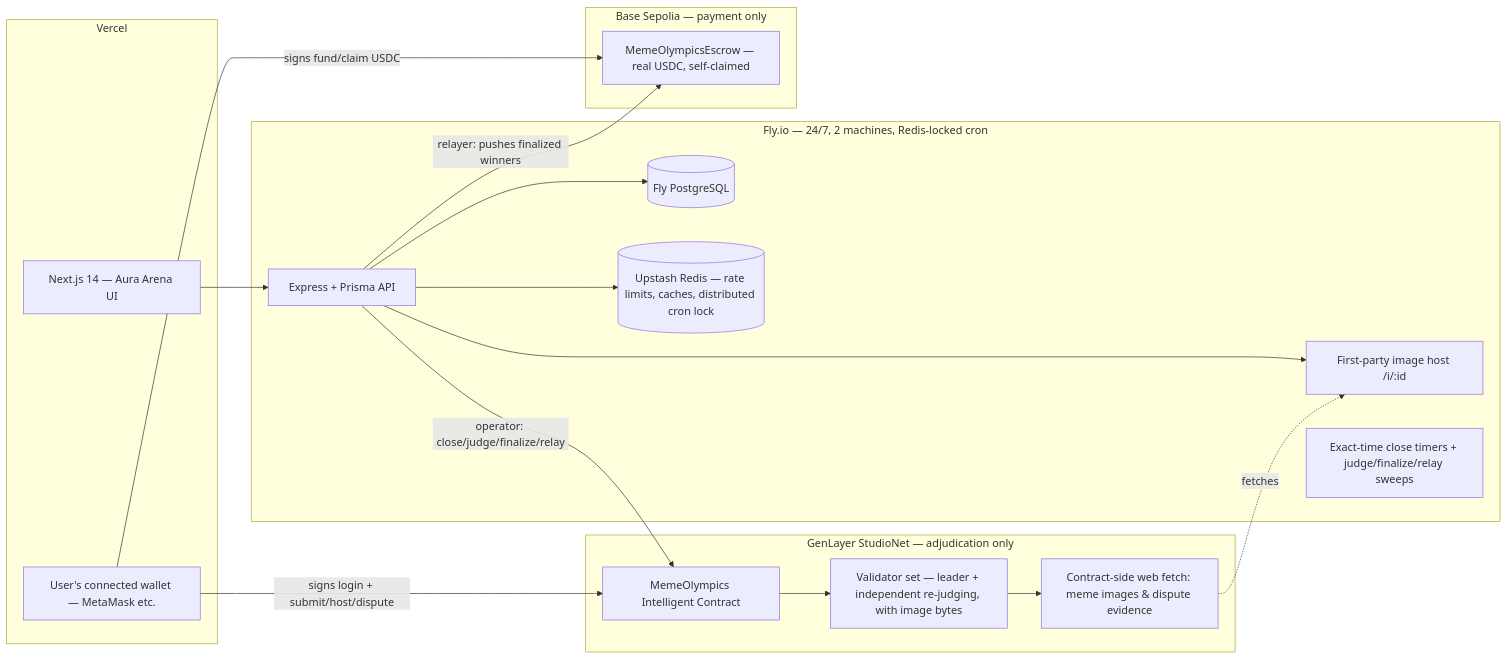
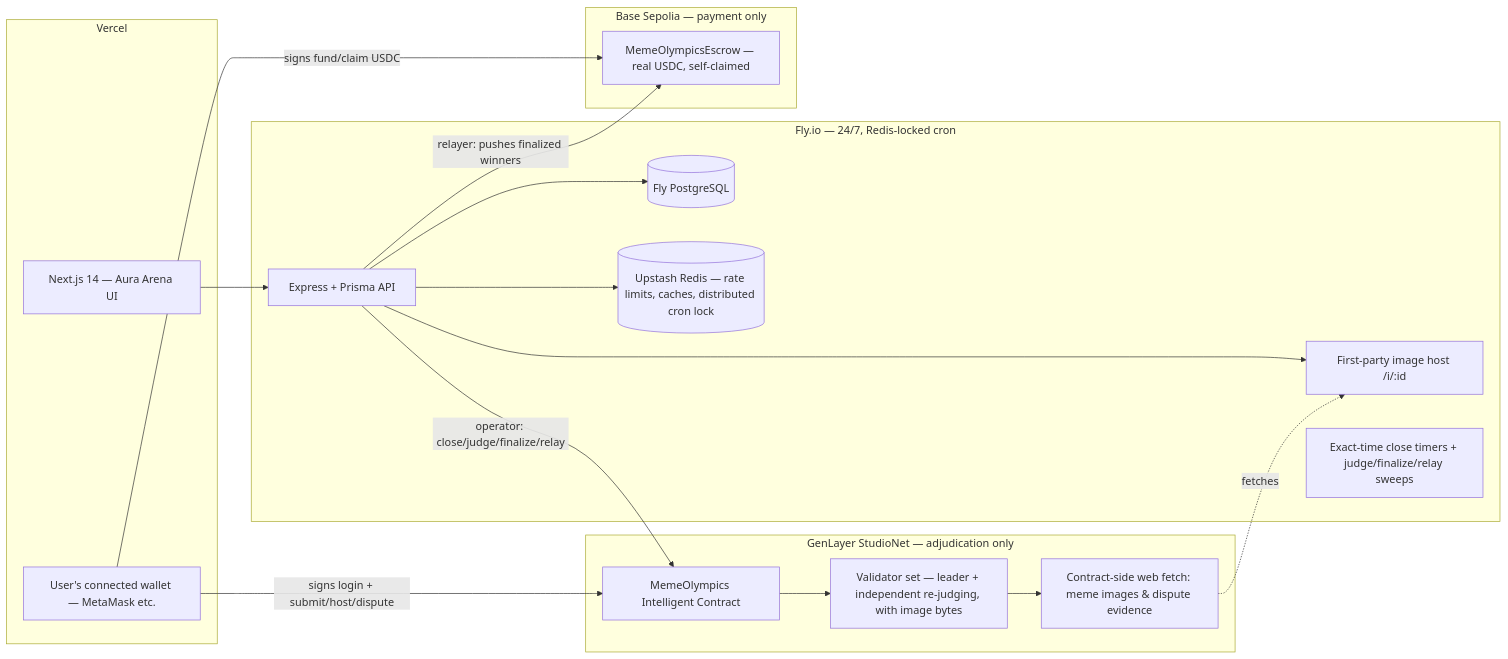
Before and after one commit to zoefunds/Meme-olympics: the first of 2 diagrams in README.md, drawn with Mermaid. The commit also changed other lines of this file and 38 other files, not shown here.

````diff
--- a/README.md
+++ b/README.md
@@ -54,31 +54,31 @@
 ```mermaid
 flowchart LR
   subgraph Client [Vercel]
     FE[Next.js 14 — Aura Arena UI]
     WALLET[User's connected wallet — MetaMask etc.]
   end
-  subgraph API [Fly.io — 24/7, 2 machines, Redis-locked cron]
+  subgraph API [Fly.io — 24/7, Redis-locked cron]
     BE[Express + Prisma API]
     IMG[First-party image host /i/:id]
     SCHED[Exact-time close timers + judge/finalize/relay sweeps]
     PG[(Fly PostgreSQL)]
     RD[(Upstash Redis — rate limits, caches, distributed cron lock)]
   end
   subgraph GenLayer [GenLayer StudioNet — adjudication only]
     IC[MemeOlympics Intelligent Contract]
     VAL[Validator set — leader + independent re-judging, with image bytes]
     WEB[Contract-side web fetch: meme images & dispute evidence]
   end
   subgraph Base [Base Sepolia — payment only]
     ESCROW[MemeOlympicsEscrow — real USDC, self-claimed]
   end
   FE --> BE
   BE --> PG & RD
   BE --> IMG
   WALLET -- signs login + submit/host/dispute --> IC
   WALLET -- signs fund/claim USDC --> ESCROW
   BE -- operator: close/judge/finalize/relay --> IC
   BE -- relayer: pushes finalized winners --> ESCROW
   IC --> VAL --> WEB
   WEB -.fetches.-> IMG
 ```
````
